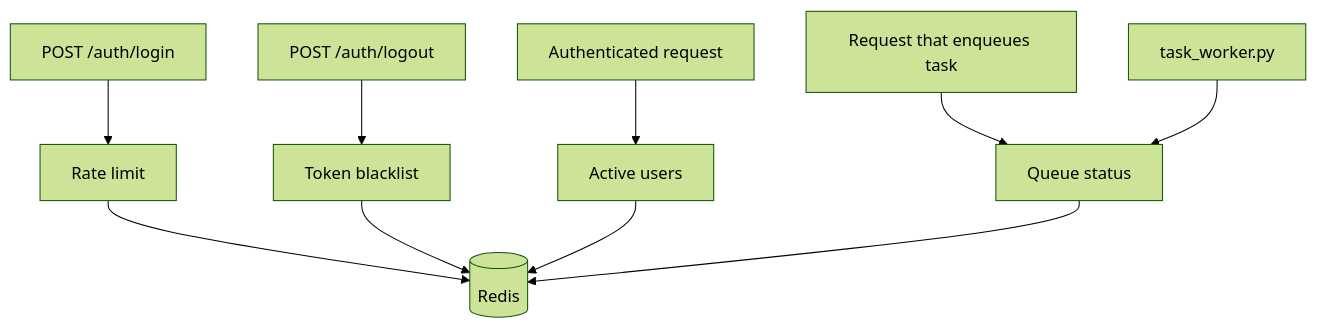
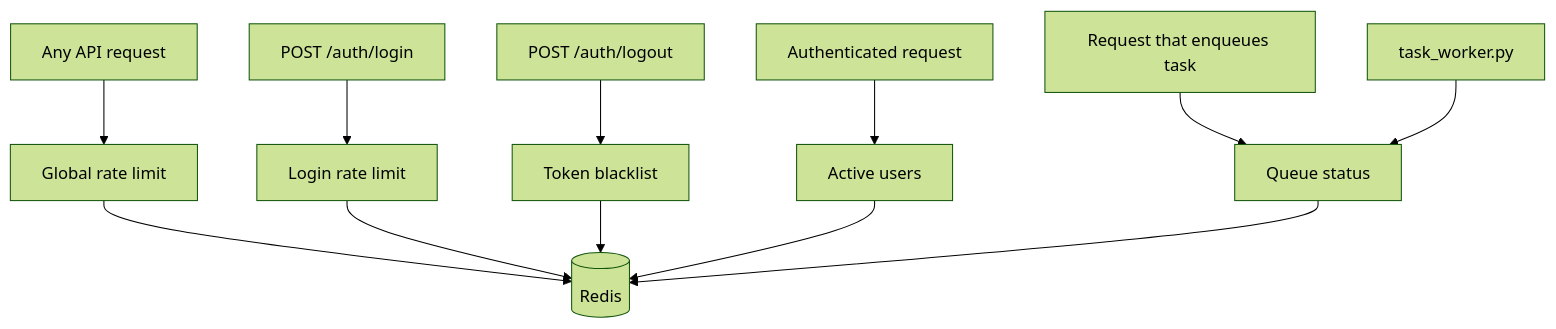
The second of 2 diagrams in docs/architecture/04-redis.md (soyyotedigo/pipeline-production-hub), drawn with Mermaid (forest theme) before and after one commit. The commit also changed other lines of this file and 381 other files, not shown here.

````diff
--- a/docs/architecture/04-redis.md
+++ b/docs/architecture/04-redis.md
@@ -92,13 +121,15 @@
 ```mermaid
 flowchart TD
-    Login[POST /auth/login] --> RL[Rate limit]
+    AnyReq[Any API request] --> GL[Global rate limit]
+    Login[POST /auth/login] --> RL[Login rate limit]
     Logout[POST /auth/logout] --> BL[Token blacklist]
     Protected[Authenticated request] --> AU[Active users]
     AsyncReq[Request that enqueues task] --> Q[Queue status]
     Worker[task_worker.py] --> Q
 
-    RL --> Redis[(Redis)]
+    GL --> Redis[(Redis)]
+    RL --> Redis
     BL --> Redis
     AU --> Redis
     Q --> Redis
 ```
````
